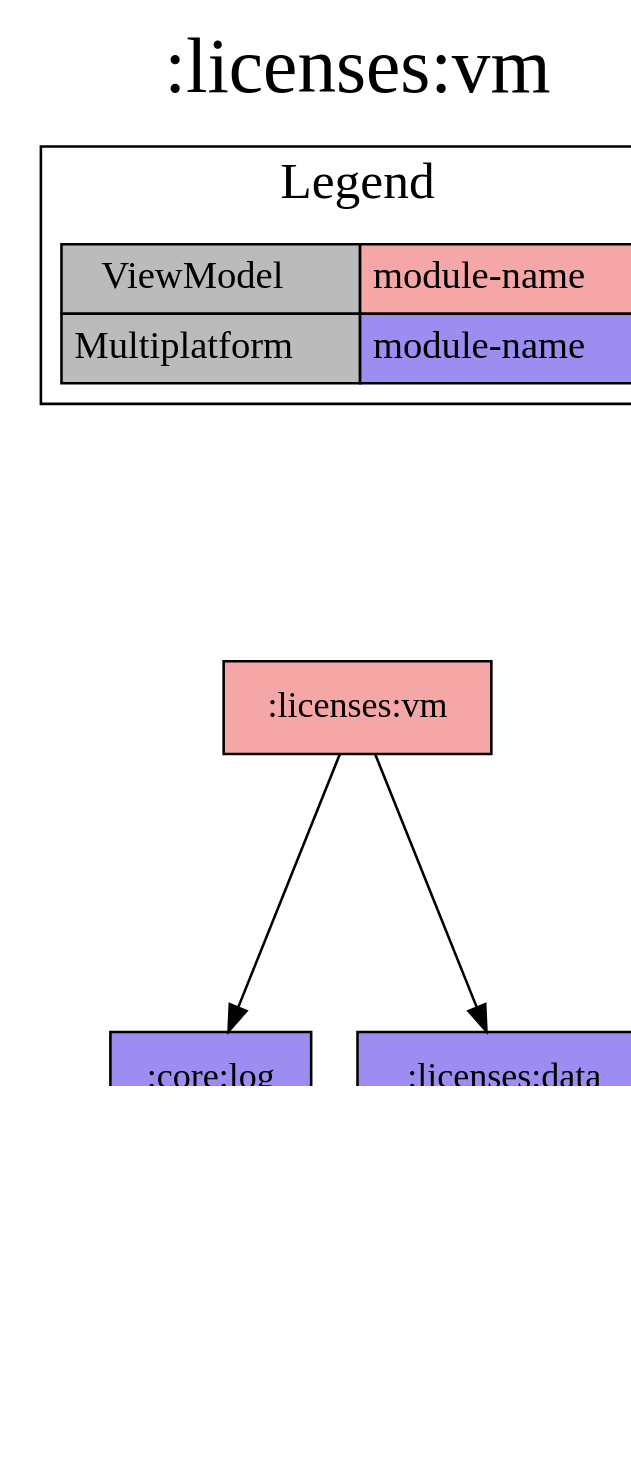
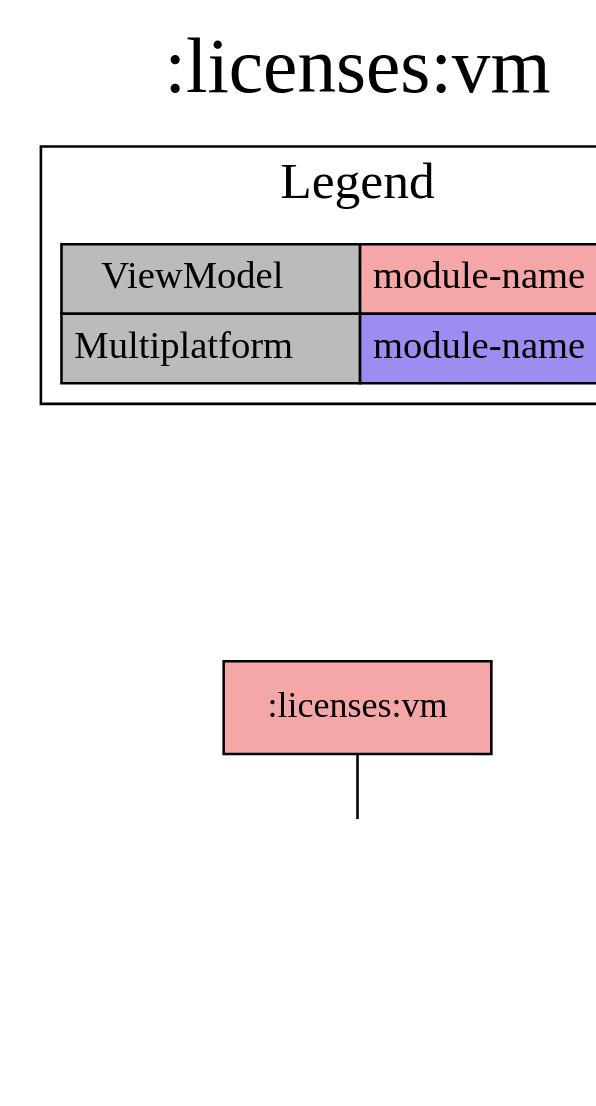
One commit to jonapoul/aktual changed the diagram in modules/licenses/vm/project-dependency-graph.dot. Above: the diagram before and after it, drawn with Graphviz. The commit also changed 116 other files, not shown here.

```diff
--- a/modules/licenses/vm/project-dependency-graph.dot
+++ b/modules/licenses/vm/project-dependency-graph.dot
@@ -1,26 +1,22 @@
 digraph {
 edge ["dir"="forward"]
 graph ["dpi"="100","label"=":licenses:vm","labelloc"="t","fontsize"="30","ranksep"="1.5","rankdir"="TB"]
 node ["style"="filled"]
-":core:coroutines" ["fillcolor"="#9D8DF1","shape"="box"]
-":core:log" ["fillcolor"="#9D8DF1","shape"="box"]
 ":licenses:data" ["fillcolor"="#9D8DF1","shape"="box"]
 ":licenses:vm" ["fillcolor"="#F5A6A6","shape"="box"]
 {
 edge ["dir"="none"]
 graph ["rank"="same"]
 }
-":licenses:data" -> ":core:coroutines" ["style"="dotted"]
-":licenses:vm" -> ":core:log"
 ":licenses:vm" -> ":licenses:data"
 subgraph "cluster_legend" {
 edge ["dir"="none"]
 graph ["label"="Legend","fontsize"="20"]
 "Legend" ["style"="filled","fillcolor"="#bbbbbb","shape"="none","margin"="0","fontsize"="15","label"=<
 <TABLE BORDER="0" CELLBORDER="1" CELLSPACING="0" CELLPADDING="4">
 <TR><TD>ViewModel</TD><TD BGCOLOR="#F5A6A6">module-name</TD></TR>
 <TR><TD>Multiplatform</TD><TD BGCOLOR="#9D8DF1">module-name</TD></TR>
 </TABLE>
 >]
 } -> ":licenses:vm" ["style"="invis"]
 }
```
